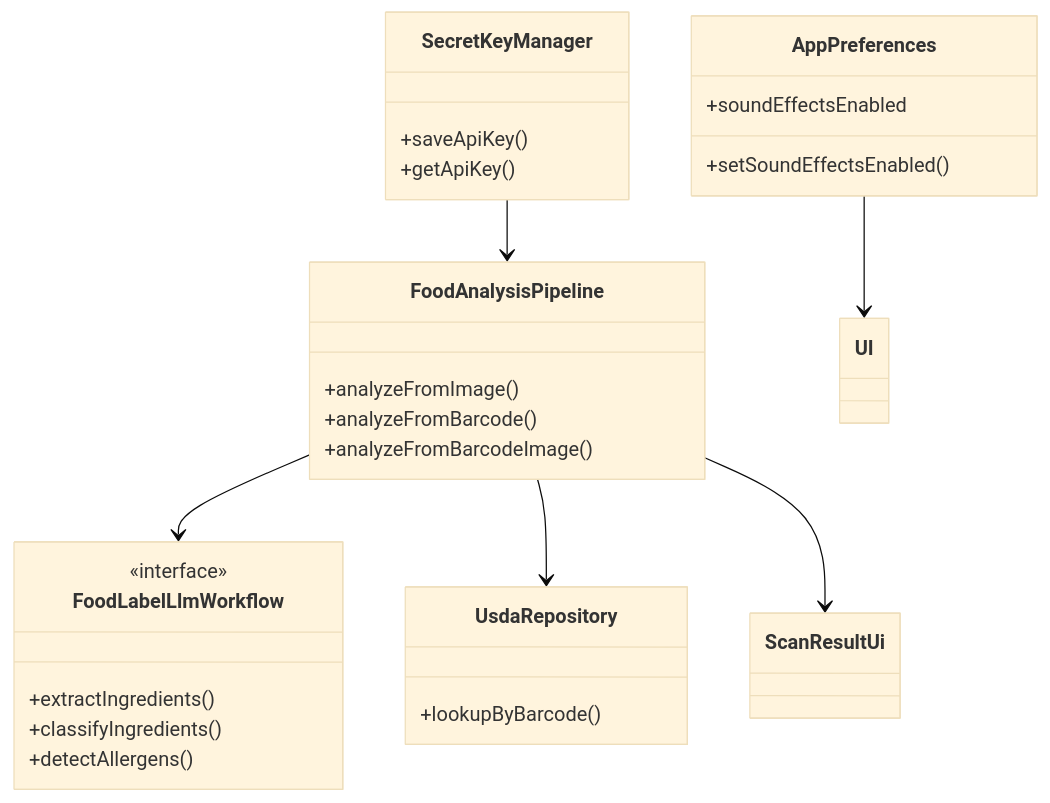
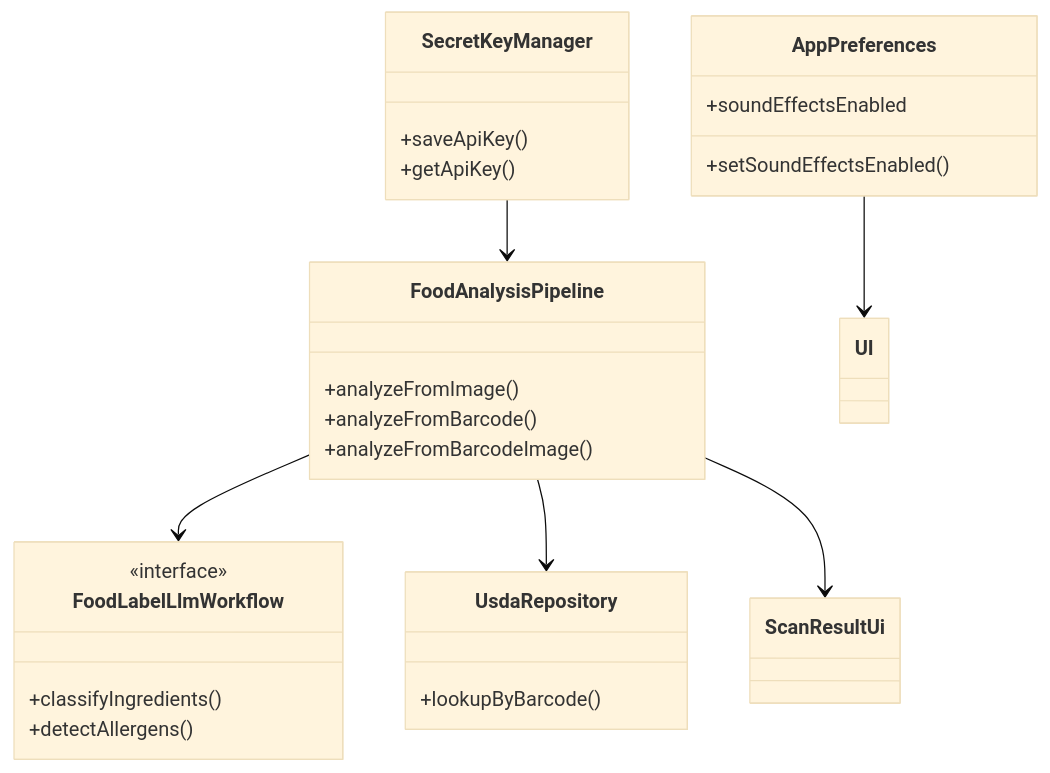
One commit to benevolentbandwidth/ultraprocessed changed the fifth of 5 diagrams in documentation/01-architecture.md. Above: the diagram before and after it, drawn with Mermaid (base theme). The commit also changed other lines of this file and 40 other files, not shown here.

````diff
--- a/documentation/01-architecture.md
+++ b/documentation/01-architecture.md
@@ -147,31 +146,30 @@
 ```mermaid
 classDiagram
     class FoodAnalysisPipeline {
         +analyzeFromImage()
         +analyzeFromBarcode()
         +analyzeFromBarcodeImage()
     }
     class FoodLabelLlmWorkflow {
         <<interface>>
-        +extractIngredients()
         +classifyIngredients()
         +detectAllergens()
     }
     class UsdaRepository {
         +lookupByBarcode()
     }
     class SecretKeyManager {
         +saveApiKey()
         +getApiKey()
     }
     class AppPreferences {
         +soundEffectsEnabled
         +setSoundEffectsEnabled()
     }
     class ScanResultUi
     FoodAnalysisPipeline --> FoodLabelLlmWorkflow
     FoodAnalysisPipeline --> UsdaRepository
     FoodAnalysisPipeline --> ScanResultUi
     SecretKeyManager --> FoodAnalysisPipeline
     AppPreferences --> UI
 ```
````
